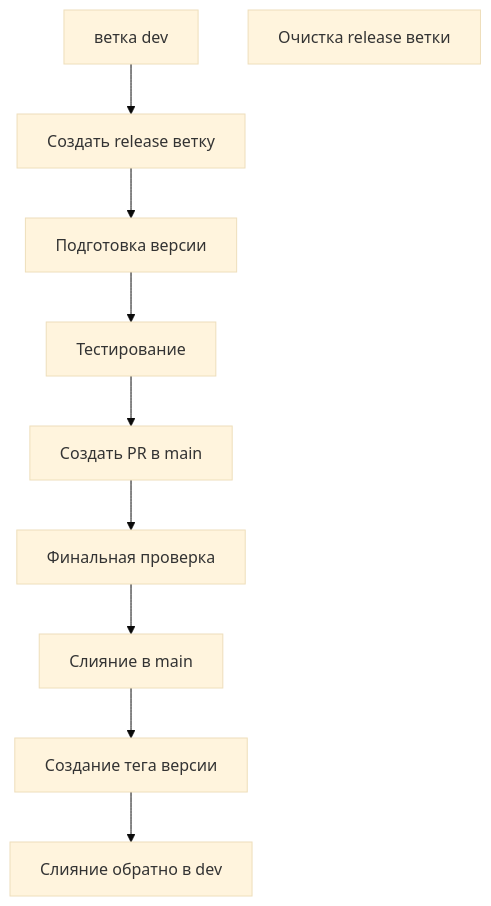
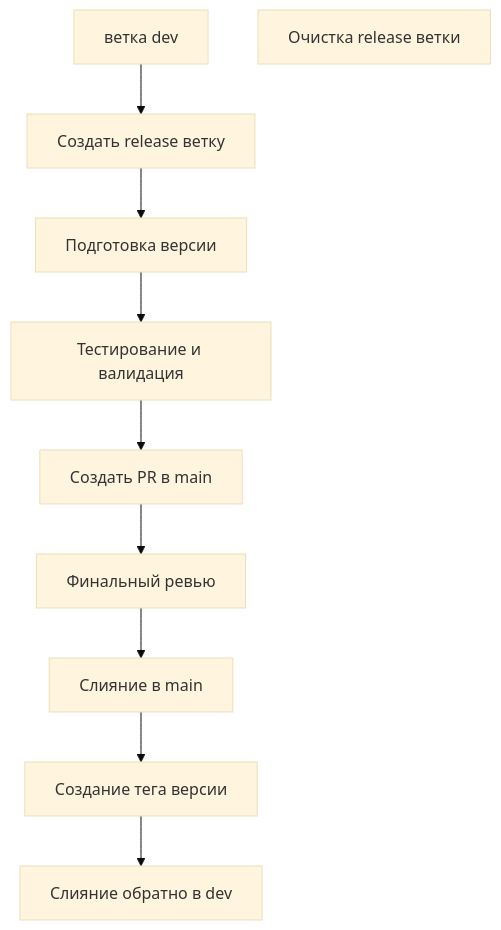
Before and after one commit to ChenXu233/YaoXiang: the third of 3 diagrams in docs/src/ru/dev/branch-maintenance-guide.md, drawn with Mermaid (base theme). The commit also changed other lines of this file and 392 other files, not shown here.

````diff
--- a/docs/src/ru/dev/branch-maintenance-guide.md
+++ b/docs/src/ru/dev/branch-maintenance-guide.md
@@ -183,12 +181,12 @@
 ```mermaid
 graph TD
     A[ветка dev] --> B[Создать release ветку]
     B --> C[Подготовка версии]
-    C --> D[Тестирование]
+    C --> D[Тестирование и валидация]
     D --> E[Создать PR в main]
-    E --> F[Финальная проверка]
+    E --> F[Финальный ревью]
     F --> G[Слияние в main]
     G --> H[Создание тега версии]
     H --> I[Слияние обратно в dev]
     J[Очистка release ветки]
 ```
````
